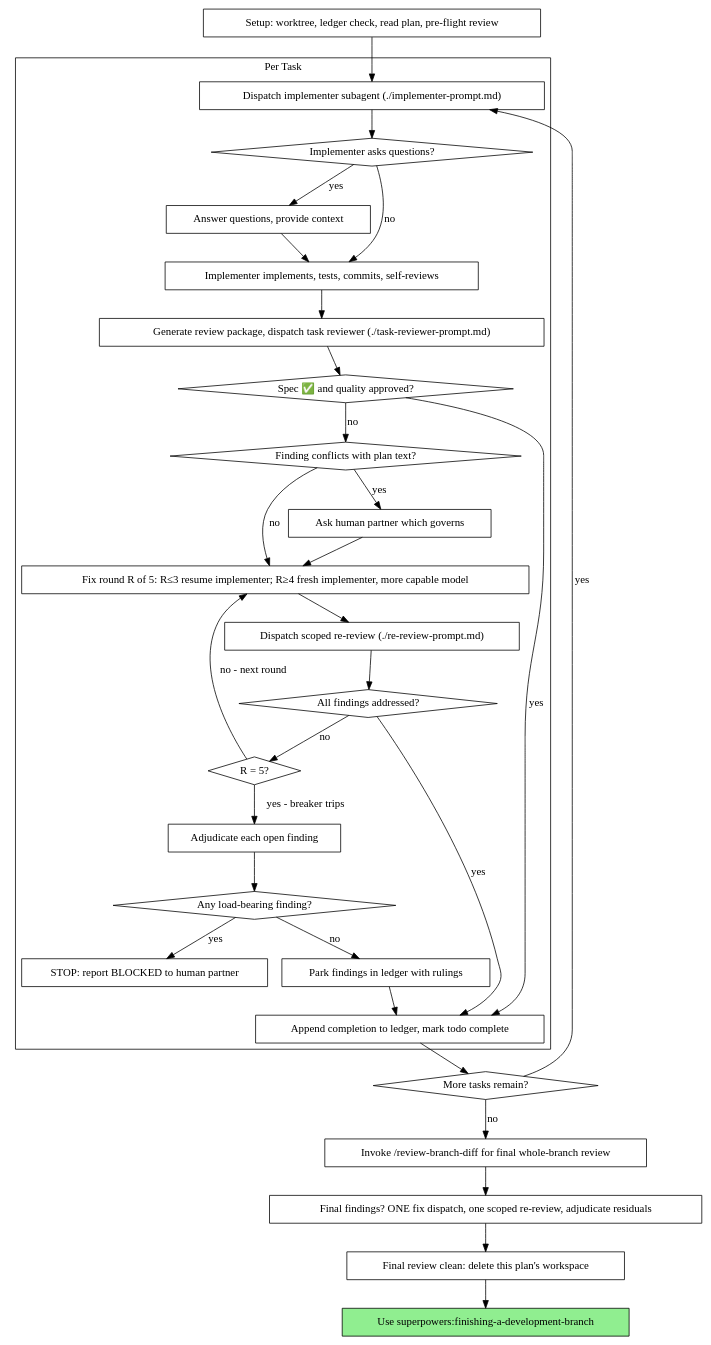
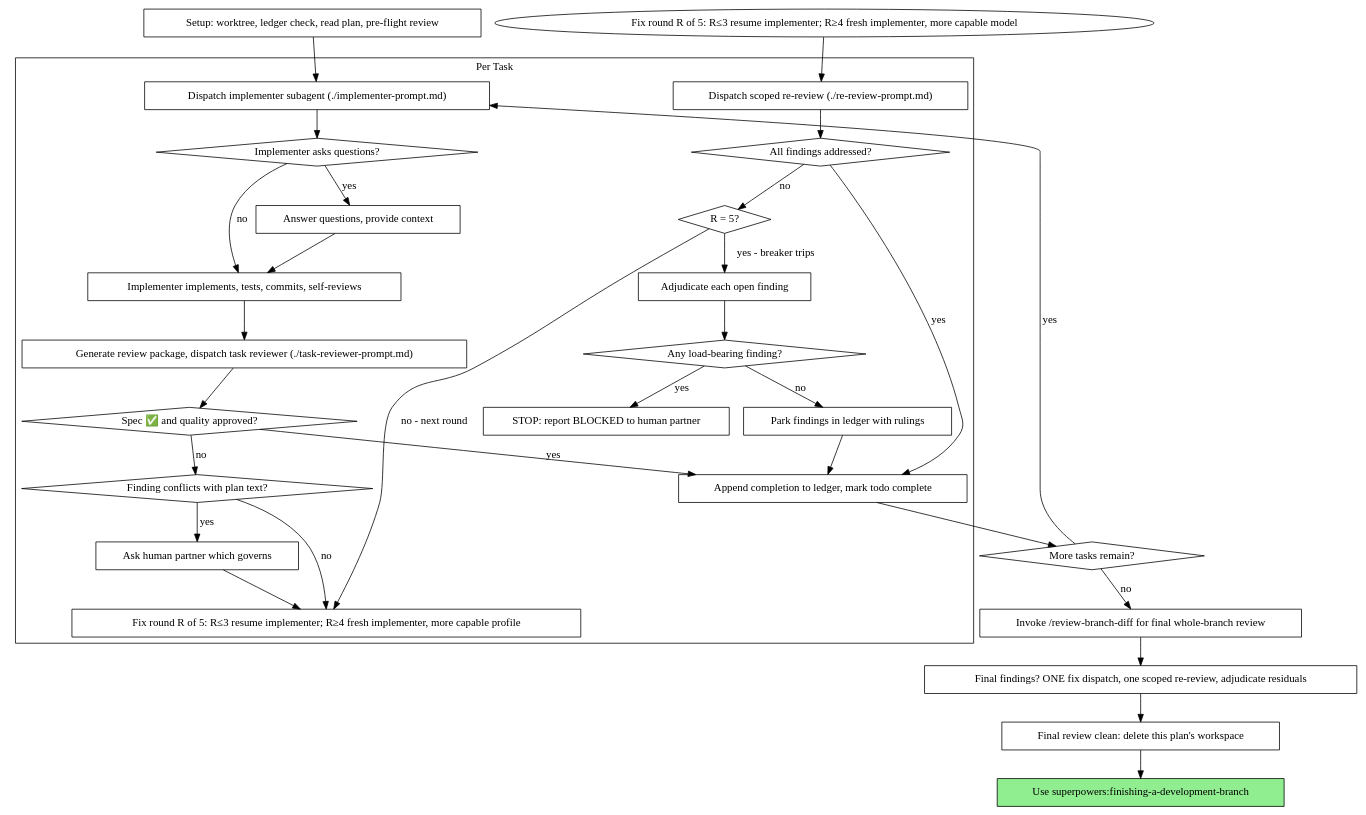
The second of 2 diagrams in codex-marketplace/plugins/superpowers-plus/skills/subagent-driven-development/SKILL.md (HarleyBartles/agent-asset-marketplace), drawn with Graphviz before and after one commit. The commit also changed other lines of this file and 61 other files, not shown here.

Commit message:
feat: move and rename subagent-model-routing to selecting-a-subagent, add strong profiles, fix SDD final-review / more-capable-profile wording

````diff
--- a/codex-marketplace/plugins/superpowers-plus/skills/subagent-driven-development/SKILL.md
+++ b/codex-marketplace/plugins/superpowers-plus/skills/subagent-driven-development/SKILL.md
@@ -72,62 +72,62 @@
 ```dot
 digraph process {
     rankdir=TB;
 
     subgraph cluster_per_task {
         label="Per Task";
         "Dispatch implementer subagent (./implementer-prompt.md)" [shape=box];
         "Implementer asks questions?" [shape=diamond];
         "Answer questions, provide context" [shape=box];
         "Implementer implements, tests, commits, self-reviews" [shape=box];
         "Generate review package, dispatch task reviewer (./task-reviewer-prompt.md)" [shape=box];
         "Spec ✅ and quality approved?" [shape=diamond];
         "Finding conflicts with plan text?" [shape=diamond];
         "Ask human partner which governs" [shape=box];
-        "Fix round R of 5: R≤3 resume implementer; R≥4 fresh implementer, more capable model" [shape=box];
+        "Fix round R of 5: R≤3 resume implementer; R≥4 fresh implementer, more capable profile" [shape=box];
         "Dispatch scoped re-review (./re-review-prompt.md)" [shape=box];
         "All findings addressed?" [shape=diamond];
         "R = 5?" [shape=diamond];
         "Adjudicate each open finding" [shape=box];
         "Any load-bearing finding?" [shape=diamond];
         "STOP: report BLOCKED to human partner" [shape=box];
         "Park findings in ledger with rulings" [shape=box];
         "Append completion to ledger, mark todo complete" [shape=box];
     }
 
     "Setup: worktree, ledger check, read plan, pre-flight review" [shape=box];
     "More tasks remain?" [shape=diamond];
     "Invoke /review-branch-diff for final whole-branch review" [shape=box];
     "Final findings? ONE fix dispatch, one scoped re-review, adjudicate residuals" [shape=box];
     "Final review clean: delete this plan's workspace" [shape=box];
     "Use superpowers:finishing-a-development-branch" [shape=box style=filled fillcolor=lightgreen];
 
     "Setup: worktree, ledger check, read plan, pre-flight review" -> "Dispatch implementer subagent (./implementer-prompt.md)";
     "Dispatch implementer subagent (./implementer-prompt.md)" -> "Implementer asks questions?";
     "Implementer asks questions?" -> "Answer questions, provide context" [label="yes"];
     "Answer questions, provide context" -> "Implementer implements, tests, commits, self-reviews";
     "Implementer asks questions?" -> "Implementer implements, tests, commits, self-reviews" [label="no"];
     "Implementer implements, tests, commits, self-reviews" -> "Generate review package, dispatch task reviewer (./task-reviewer-prompt.md)";
     "Generate review package, dispatch task reviewer (./task-reviewer-prompt.md)" -> "Spec ✅ and quality approved?";
     "Spec ✅ and quality approved?" -> "Append completion to ledger, mark todo complete" [label="yes"];
     "Spec ✅ and quality approved?" -> "Finding conflicts with plan text?" [label="no"];
     "Finding conflicts with plan text?" -> "Ask human partner which governs" [label="yes"];
-    "Ask human partner which governs" -> "Fix round R of 5: R≤3 resume implementer; R≥4 fresh implementer, more capable model";
-    "Finding conflicts with plan text?" -> "Fix round R of 5: R≤3 resume implementer; R≥4 fresh implementer, more capable model" [label="no"];
+    "Ask human partner which governs" -> "Fix round R of 5: R≤3 resume implementer; R≥4 fresh implementer, more capable profile";
+    "Finding conflicts with plan text?" -> "Fix round R of 5: R≤3 resume implementer; R≥4 fresh implementer, more capable profile" [label="no"];
     "Fix round R of 5: R≤3 resume implementer; R≥4 fresh implementer, more capable model" -> "Dispatch scoped re-review (./re-review-prompt.md)";
     "Dispatch scoped re-review (./re-review-prompt.md)" -> "All findings addressed?";
     "All findings addressed?" -> "Append completion to ledger, mark todo complete" [label="yes"];
     "All findings addressed?" -> "R = 5?" [label="no"];
-    "R = 5?" -> "Fix round R of 5: R≤3 resume implementer; R≥4 fresh implementer, more capable model" [label="no - next round"];
+    "R = 5?" -> "Fix round R of 5: R≤3 resume implementer; R≥4 fresh implementer, more capable profile" [label="no - next round"];
     "R = 5?" -> "Adjudicate each open finding" [label="yes - breaker trips"];
     "Adjudicate each open finding" -> "Any load-bearing finding?";
     "Any load-bearing finding?" -> "STOP: report BLOCKED to human partner" [label="yes"];
     "Any load-bearing finding?" -> "Park findings in ledger with rulings" [label="no"];
     "Park findings in ledger with rulings" -> "Append completion to ledger, mark todo complete";
     "Append completion to ledger, mark todo complete" -> "More tasks remain?";
     "More tasks remain?" -> "Dispatch implementer subagent (./implementer-prompt.md)" [label="yes"];
     "More tasks remain?" -> "Invoke /review-branch-diff for final whole-branch review" [label="no"];
     "Invoke /review-branch-diff for final whole-branch review" -> "Final findings? ONE fix dispatch, one scoped re-review, adjudicate residuals";
     "Final findings? ONE fix dispatch, one scoped re-review, adjudicate residuals" -> "Final review clean: delete this plan's workspace";
     "Final review clean: delete this plan's workspace" -> "Use superpowers:finishing-a-development-branch";
 }
 ```
````
